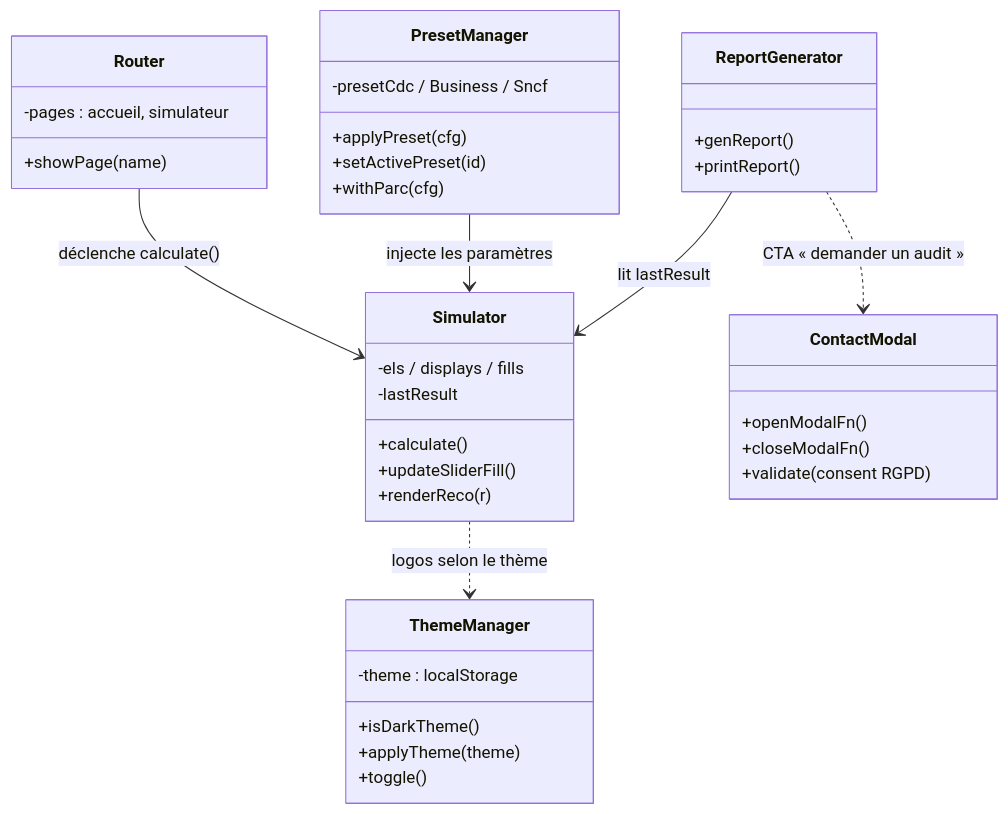
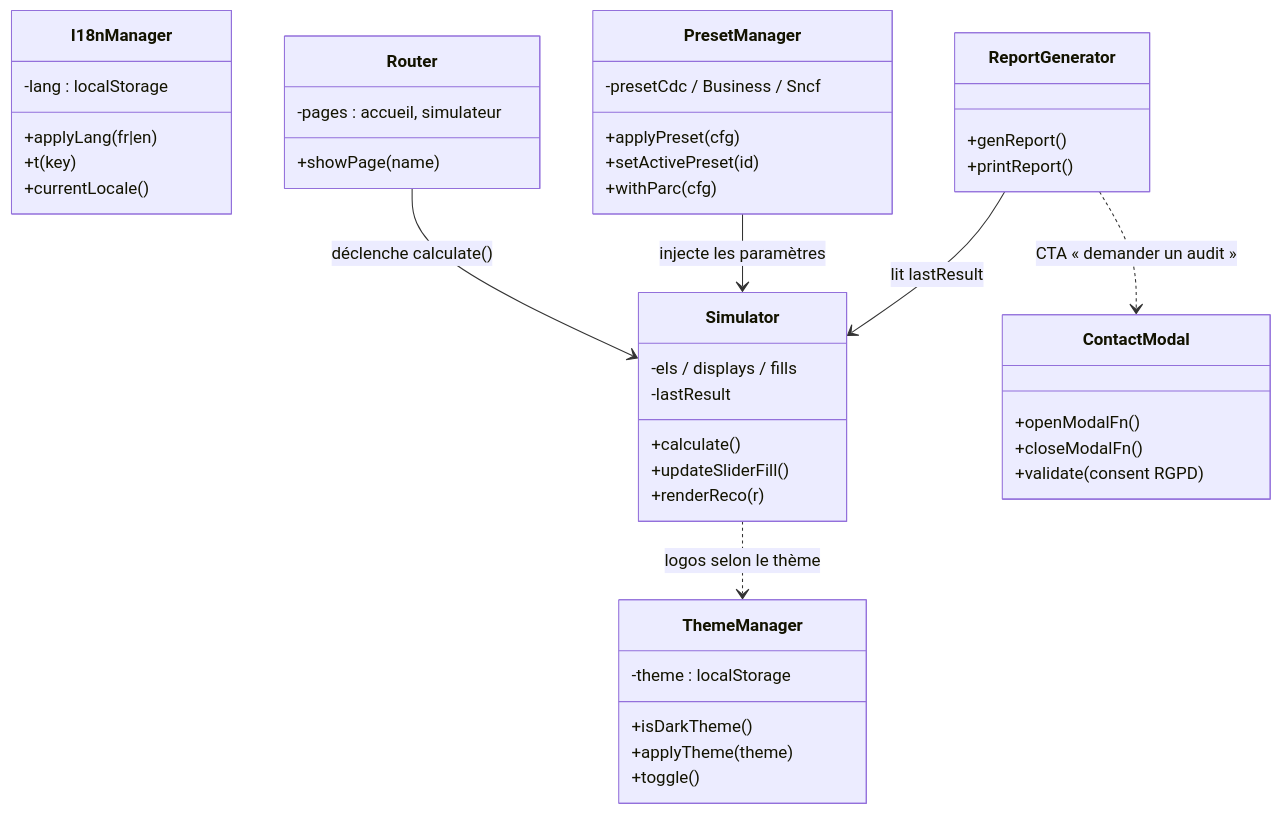
One commit to rambobo11/sylvaops changed the third of 4 diagrams in vf/DIAGRAMMES_UML.md. Above: the diagram before and after it, drawn with Mermaid. The commit also changed other lines of this file and 6 other files, not shown here.

````diff
--- a/vf/DIAGRAMMES_UML.md
+++ b/vf/DIAGRAMMES_UML.md
@@ -95,41 +97,47 @@
 ```mermaid
 classDiagram
   class ThemeManager {
     -theme : localStorage
     +isDarkTheme()
     +applyTheme(theme)
     +toggle()
+  }
+  class I18nManager {
+    -lang : localStorage
+    +applyLang(fr|en)
+    +t(key)
+    +currentLocale()
   }
   class Router {
     -pages : accueil, simulateur
     +showPage(name)
   }
   class Simulator {
     -els / displays / fills
     -lastResult
     +calculate()
     +updateSliderFill()
     +renderReco(r)
   }
   class PresetManager {
     -presetCdc / Business / Sncf
     +applyPreset(cfg)
     +setActivePreset(id)
     +withParc(cfg)
   }
   class ReportGenerator {
     +genReport()
     +printReport()
   }
   class ContactModal {
     +openModalFn()
     +closeModalFn()
     +validate(consent RGPD)
   }
 
   Router --> Simulator : déclenche calculate()
   PresetManager --> Simulator : injecte les paramètres
   ReportGenerator --> Simulator : lit lastResult
   Simulator ..> ThemeManager : logos selon le thème
   ReportGenerator ..> ContactModal : CTA « demander un audit »
 ```
````
